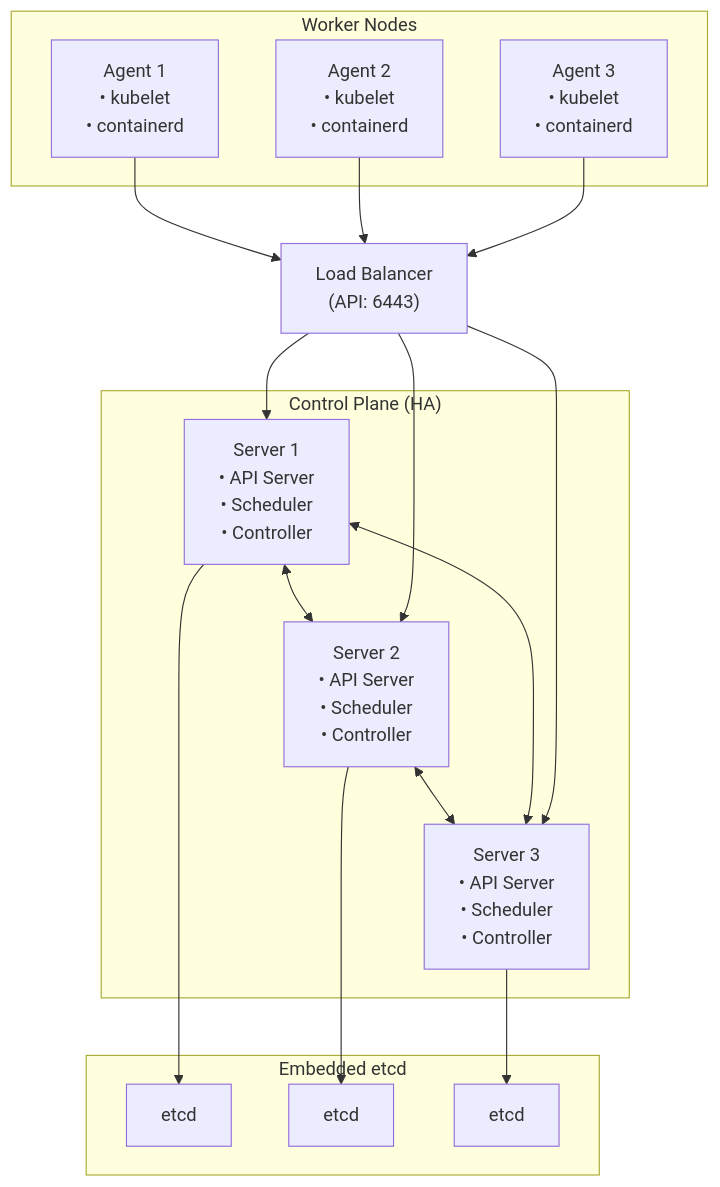
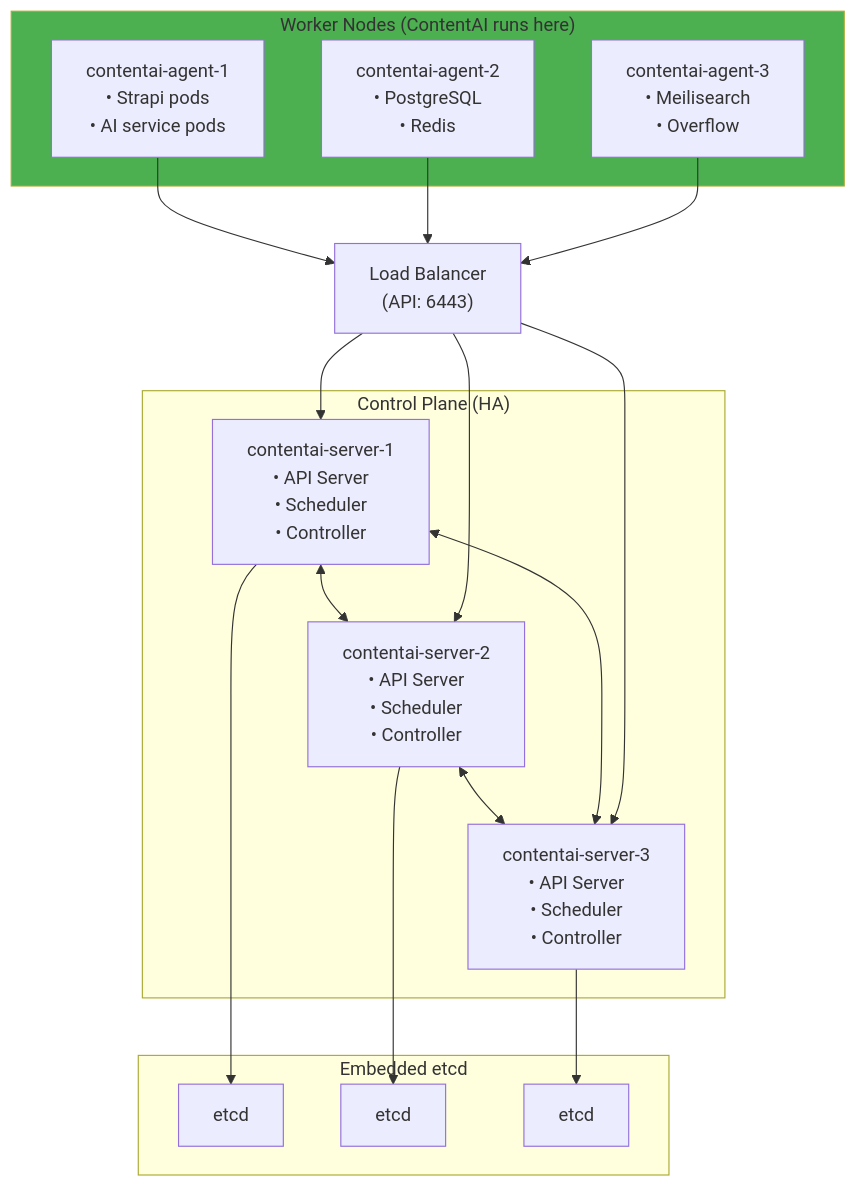
One commit to PearlThoughtsInternship/Internship-Obsidian-Vault changed the second of 11 diagrams in DevOps/02-Engineering/04-Container-Orchestration.md. Above: the diagram before and after it, drawn with Mermaid. The commit also changed other lines of this file and 1 other file, not shown here.

First line of the commit message:
docs: Container orchestration & GitOps with ContentAI product context

````diff
--- a/DevOps/02-Engineering/04-Container-Orchestration.md
+++ b/DevOps/02-Engineering/04-Container-Orchestration.md
@@ -61,37 +58,39 @@
 ```mermaid
 flowchart TB
     subgraph CP["Control Plane (HA)"]
-        S1["Server 1\n• API Server\n• Scheduler\n• Controller"]
-        S2["Server 2\n• API Server\n• Scheduler\n• Controller"]
-        S3["Server 3\n• API Server\n• Scheduler\n• Controller"]
+        S1["contentai-server-1\n• API Server\n• Scheduler\n• Controller"]
+        S2["contentai-server-2\n• API Server\n• Scheduler\n• Controller"]
+        S3["contentai-server-3\n• API Server\n• Scheduler\n• Controller"]
 
         S1 <--> S2 <--> S3
         S1 <--> S3
     end
 
     subgraph Datastore["Embedded etcd"]
         E1["etcd"]
         E2["etcd"]
         E3["etcd"]
     end
 
-    subgraph Workers["Worker Nodes"]
-        A1["Agent 1\n• kubelet\n• containerd"]
-        A2["Agent 2\n• kubelet\n• containerd"]
-        A3["Agent 3\n• kubelet\n• containerd"]
+    subgraph Workers["Worker Nodes (ContentAI runs here)"]
+        A1["contentai-agent-1\n• Strapi pods\n• AI service pods"]
+        A2["contentai-agent-2\n• PostgreSQL\n• Redis"]
+        A3["contentai-agent-3\n• Meilisearch\n• Overflow"]
     end
 
     LB["Load Balancer\n(API: 6443)"]
 
     LB --> S1
     LB --> S2
     LB --> S3
 
     S1 --> E1
     S2 --> E2
     S3 --> E3
 
     A1 --> LB
     A2 --> LB
     A3 --> LB
+
+    style Workers fill:#4CAF50
 ```
````
